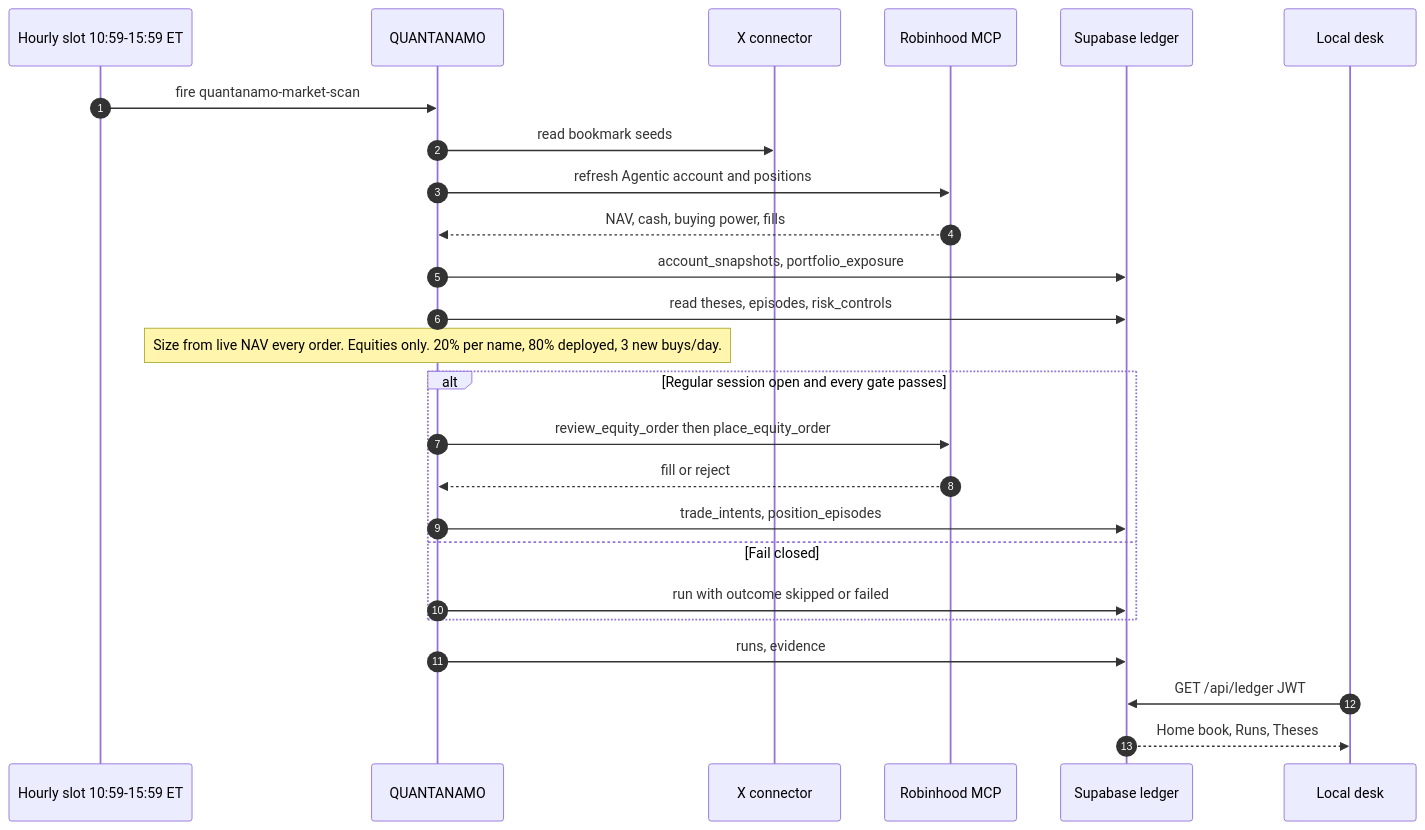
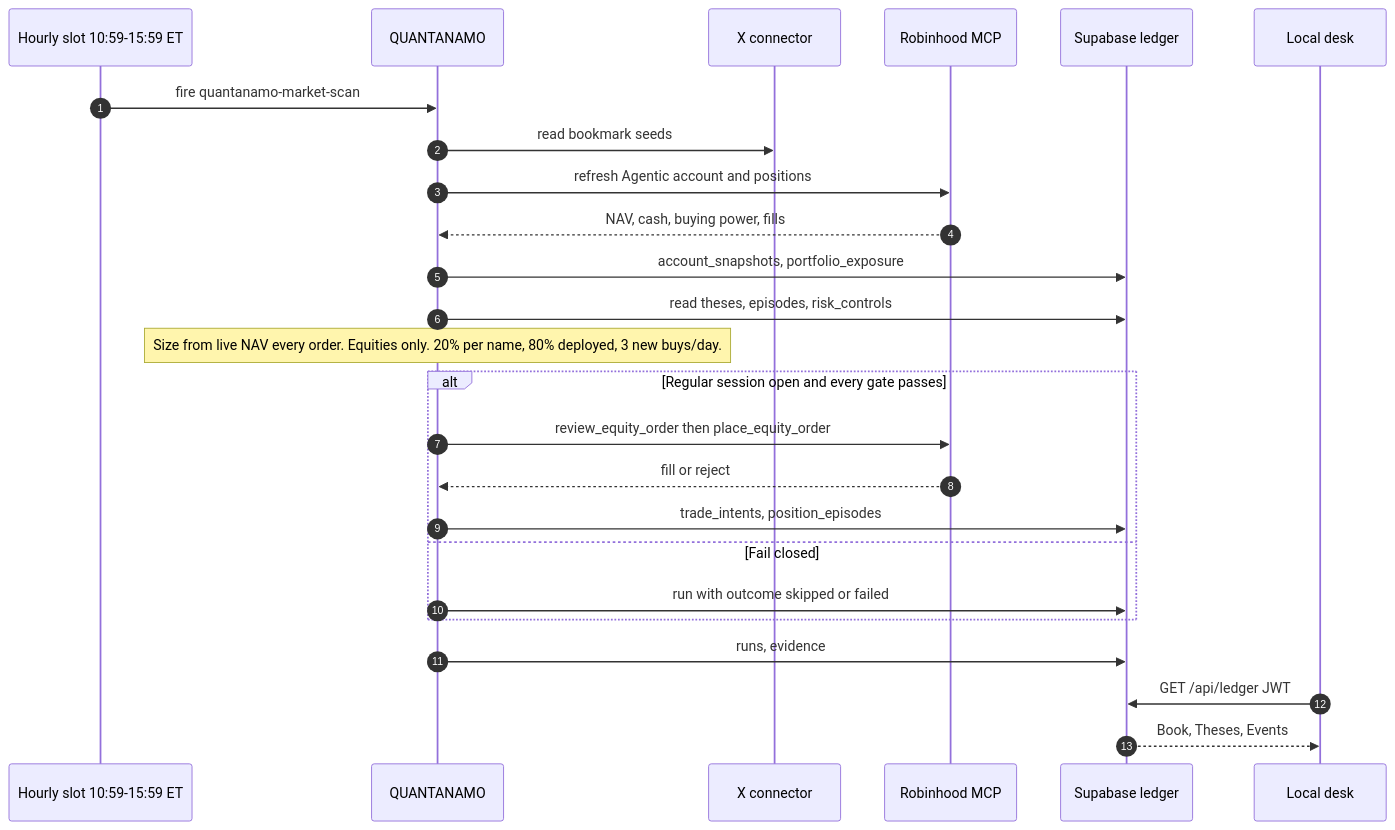
Before and after one commit to dwallach1/grasshopper: the second of 2 diagrams in README.md, drawn with Mermaid. The commit also changed other lines of this file and 26 other files, not shown here.

First line of the commit message:
Collapse the local desk to four tabs and add an exploded Book viz.

````diff
--- a/README.md
+++ b/README.md
@@ -71,28 +71,28 @@
 ```mermaid
 sequenceDiagram
   autonumber
   participant Slot as Hourly slot 10:59-15:59 ET
   participant Bot as QUANTANAMO
   participant X as X connector
   participant RH as Robinhood MCP
   participant DB as Supabase ledger
   participant Desk as Local desk
 
   Slot->>Bot: fire quantanamo-market-scan
   Bot->>X: read bookmark seeds
   Bot->>RH: refresh Agentic account and positions
   RH-->>Bot: NAV, cash, buying power, fills
   Bot->>DB: account_snapshots, portfolio_exposure
   Bot->>DB: read theses, episodes, risk_controls
   Note over Bot: Size from live NAV every order. Equities only. 20% per name, 80% deployed, 3 new buys/day.
   alt Regular session open and every gate passes
     Bot->>RH: review_equity_order then place_equity_order
     RH-->>Bot: fill or reject
     Bot->>DB: trade_intents, position_episodes
   else Fail closed
     Bot->>DB: run with outcome skipped or failed
   end
   Bot->>DB: runs, evidence
   Desk->>DB: GET /api/ledger JWT
-  DB-->>Desk: Home book, Runs, Theses
+  DB-->>Desk: Book, Theses, Events
 ```
````
